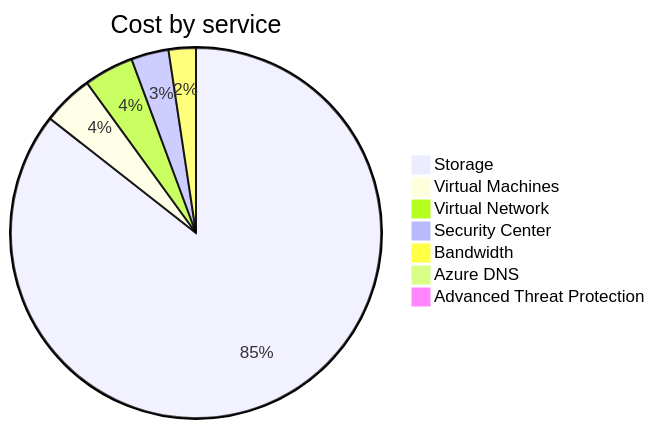
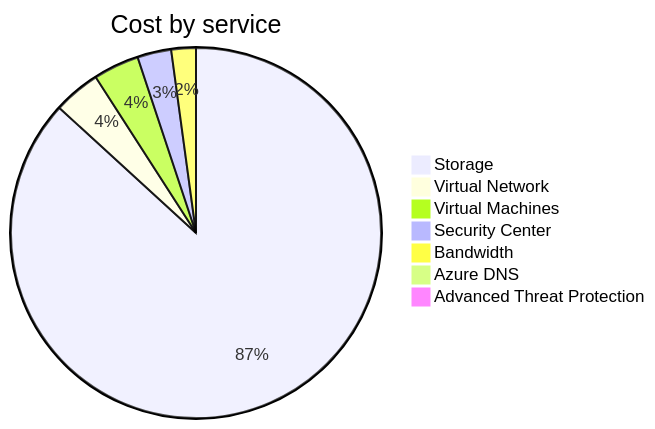
Before and after one commit to jpfulton/azure-personal-reports: the second of 4 diagrams in cost-reports/personal-network/resource-group-summary.md, drawn with Mermaid. The commit also changed other lines of this file and 37 other files, not shown here.

````diff
--- a/cost-reports/personal-network/resource-group-summary.md
+++ b/cost-reports/personal-network/resource-group-summary.md
@@ -99,11 +99,11 @@
 ```mermaid
 pie
    title Cost by service
-   "Storage" : 96.80
+   "Storage" : 108.65
+   "Virtual Network" : 5.14
    "Virtual Machines" : 5.00
-   "Virtual Network" : 4.92
    "Security Center" : 3.70
    "Bandwidth" : 2.69
    "Azure DNS" : 0.22
    "Advanced Threat Protection" : 0.00
 ```
````
